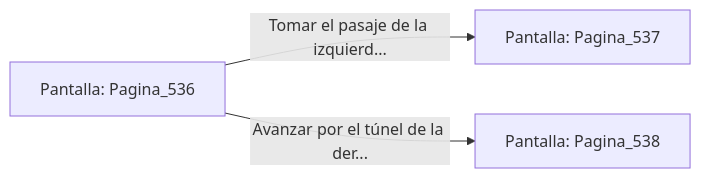
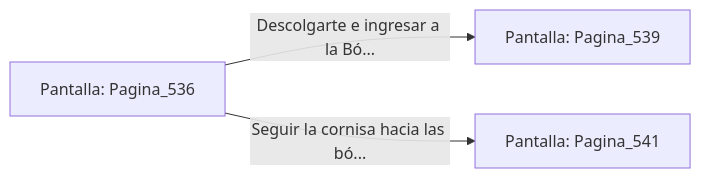
Before and after one commit to metsuke/mpl: the diagram in sample/eligejuego-vault/Pantalla_Pagina_536.md, drawn with Mermaid. The commit also changed other lines of this file and 635 other files, not shown here.

First line of the commit message:
fix: añadir Pagina_1 como pantalla inicial en capitulo_01.mpl

````diff
--- a/sample/eligejuego-vault/Pantalla_Pagina_536.md
+++ b/sample/eligejuego-vault/Pantalla_Pagina_536.md
@@ -20,6 +22,6 @@
 ```mermaid
 graph LR
     P_Pagina_536["Pantalla: Pagina_536"]
-    P_Pagina_536 -->|"Tomar el pasaje de la izquierd..."| P_Pagina_537["Pantalla: Pagina_537"]
-    P_Pagina_536 -->|"Avanzar por el túnel de la der..."| P_Pagina_538["Pantalla: Pagina_538"]
+    P_Pagina_536 -->|"Descolgarte e ingresar a la Bó..."| P_Pagina_539["Pantalla: Pagina_539"]
+    P_Pagina_536 -->|"Seguir la cornisa hacia las bó..."| P_Pagina_541["Pantalla: Pagina_541"]
 ```
````
